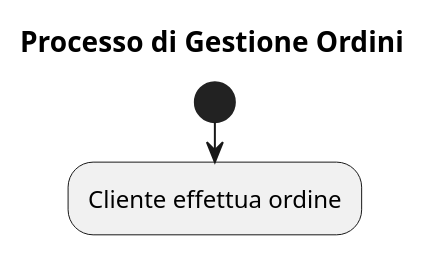
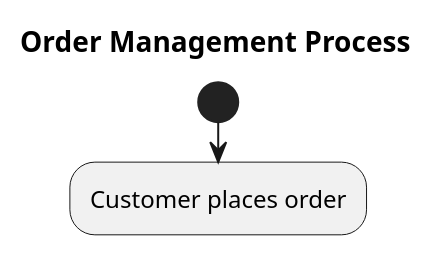
The seventh of 25 diagrams in 03-behavioral-diagrams/activity-diagrams/README.md (Seniorsimo/sas-template), drawn with PlantUML before and after one commit. The commit also changed other lines of this file and 49 other files, not shown here.

````diff
--- a/03-behavioral-diagrams/activity-diagrams/README.md
+++ b/03-behavioral-diagrams/activity-diagrams/README.md
@@ -72,6 +72,6 @@
 ```plantuml
-title Processo di Gestione Ordini
+title Order Management Process
 
 start
-:Cliente effettua ordine;
+:Customer places order;
 ```
````
